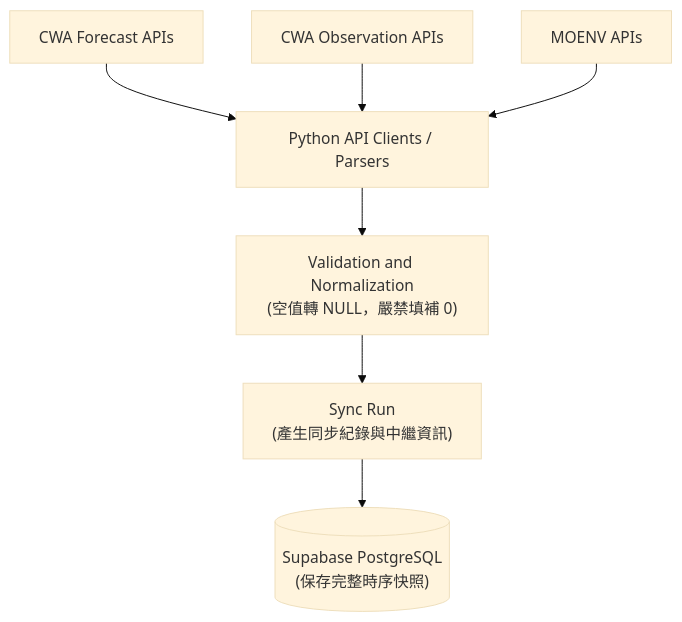
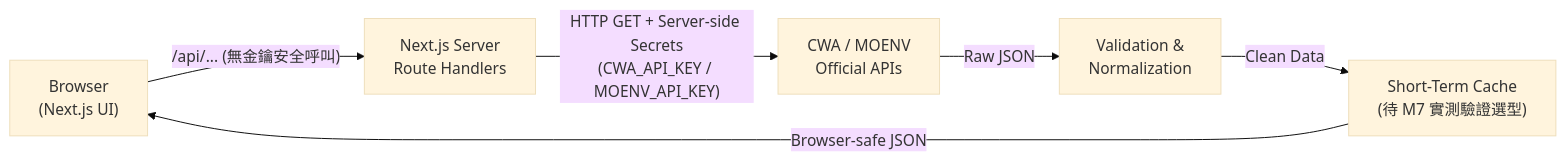
One commit to bambamboo0321/AIOT-HW1 changed the second of 4 diagrams in myplan/FLOW.md. Above: the diagram before and after it, drawn with Mermaid (base theme). The commit also changed other lines of this file and 17 other files, not shown here.

Commit message:
docs: simplify V2 to stateless Vercel architecture

````diff
--- a/myplan/FLOW.md
+++ b/myplan/FLOW.md
@@ -41,14 +40,8 @@
 ```mermaid
-flowchart TD
-    CWA_F["CWA Forecast APIs"]
-    CWA_O["CWA Observation APIs"]
-    MOENV["MOENV APIs"]
-
-    CWA_F --> PY["Python API Clients / Parsers"]
-    CWA_O --> PY
-    MOENV --> PY
-
-    PY --> VAL["Validation and Normalization<br>(空值轉 NULL，嚴禁填補 0)"]
-    VAL --> SYNC["Sync Run<br>(產生同步紀錄與中繼資訊)"]
-    SYNC --> DB[("Supabase PostgreSQL<br>(保存完整時序快照)")]
+flowchart LR
+    BROWSER["Browser<br>(Next.js UI)"] -->|"/api/... (無金鑰安全呼叫)"| GATEWAY["Next.js Server<br>Route Handlers"]
+    GATEWAY -->|"HTTP GET + Server-side Secrets<br>(CWA_API_KEY / MOENV_API_KEY)"| EXT["CWA / MOENV<br>Official APIs"]
+    EXT -->|"Raw JSON"| NORM["Validation &<br>Normalization"]
+    NORM -->|"Clean Data"| CACHE["Short-Term Cache<br>(待 M7 實測驗證選型)"]
+    CACHE -->|"Browser-safe JSON"| BROWSER
 ```
````
